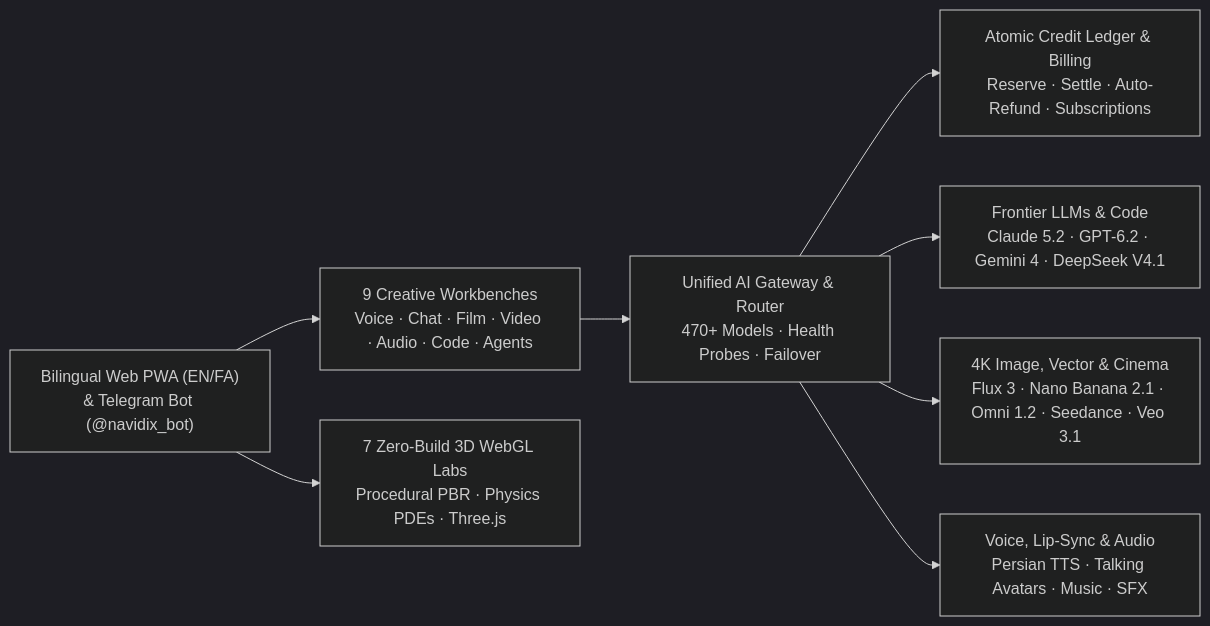
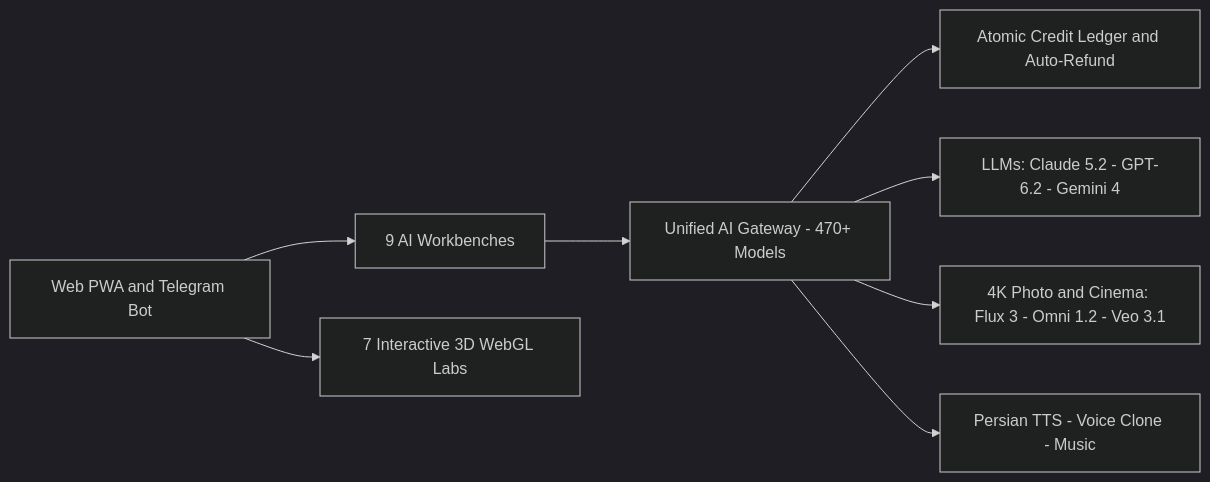
One commit to NavidixStudio/NavidixStudio changed the diagram in README.md. Above: the diagram before and after it, drawn with Mermaid (dark theme). The commit also changed 2 other files, not shown here.

Commit message:
fix(profile): quote mermaid diagram nodes and tighten telemetry footer spacing

````diff
--- a/README.md
+++ b/README.md
@@ -94,10 +94,10 @@
 ```mermaid
 flowchart LR
-  U["Bilingual Web PWA (EN/FA)<br/>& Telegram Bot (@navidix_bot)"] --> FE["9 Creative Workbenches<br/>Voice · Chat · Film · Video · Audio · Code · Agents"]
-  U --> LAB["7 Zero-Build 3D WebGL Labs<br/>Procedural PBR · Physics PDEs · Three.js"]
-  FE --> GW["Unified AI Gateway & Router<br/>470+ Models · Health Probes · Failover"]
-  GW --> LEDGER["Atomic Credit Ledger & Billing<br/>Reserve · Settle · Auto-Refund · Subscriptions"]
-  GW --> LLM["Frontier LLMs & Code<br/>Claude 5.2 · GPT-6.2 · Gemini 4 · DeepSeek V4.1"]
-  GW --> VIS["4K Image, Vector & Cinema<br/>Flux 3 · Nano Banana 2.1 · Omni 1.2 · Seedance · Veo 3.1"]
-  GW --> AUD["Voice, Lip-Sync & Audio<br/>Persian TTS · Talking Avatars · Music · SFX"]
+  U["Web PWA and Telegram Bot"] --> FE["9 AI Workbenches"]
+  U --> LAB["7 Interactive 3D WebGL Labs"]
+  FE --> GW["Unified AI Gateway - 470+ Models"]
+  GW --> LEDGER["Atomic Credit Ledger and Auto-Refund"]
+  GW --> LLM["LLMs: Claude 5.2 - GPT-6.2 - Gemini 4"]
+  GW --> VIS["4K Photo and Cinema: Flux 3 - Omni 1.2 - Veo 3.1"]
+  GW --> AUD["Persian TTS - Voice Clone - Music"]
 ```
````
